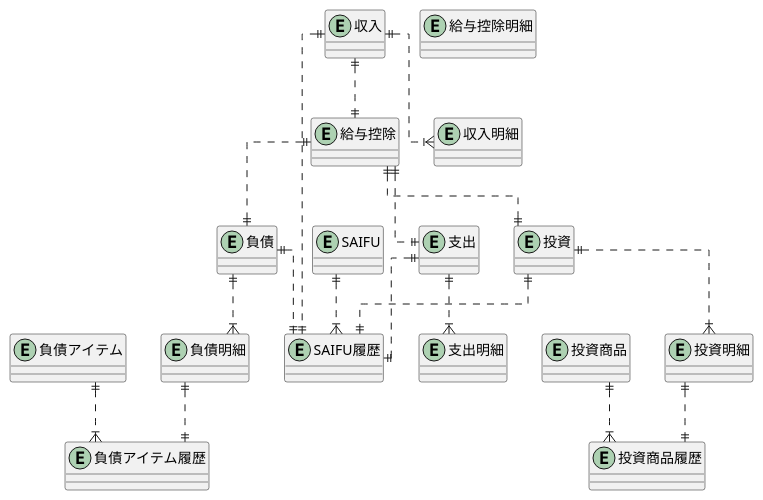
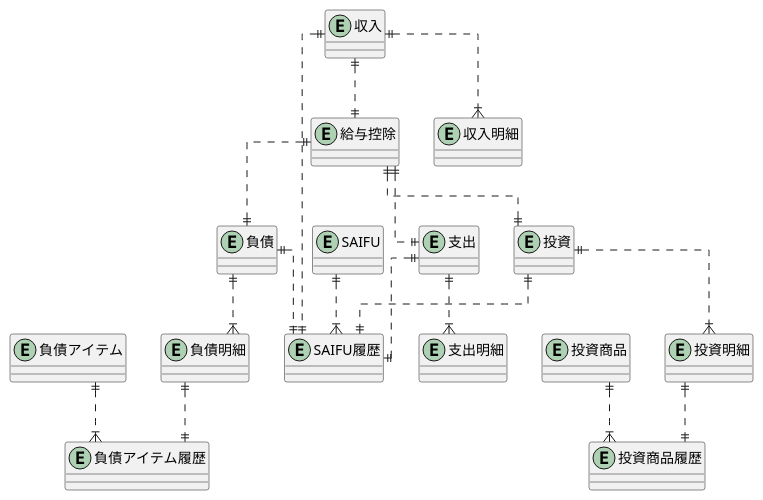
Before and after one commit to JojiKoike/saifu-docs: the diagram in design/ER_Concept_MoneyFlow.wsd, drawn with PlantUML.

Commit message:
不要なエンティティの削除

```diff
--- a/design/ER_Concept_MoneyFlow.wsd
+++ b/design/ER_Concept_MoneyFlow.wsd
@@ -1,84 +1,81 @@
 @startuml ER_Concept
 skinparam linetype ortho
 
 ' Entity
 entity "SAIFU" as saifu {
 }
 
 entity "SAIFU履歴" as saifuHistory {
 }
 
 entity "収入" as income {
 }
 
 entity "収入明細" as incomeDetail {
 }
 
 
 entity "給与控除" as salaryDeduction {
-}
-
-entity "給与控除明細" as salaryDeductionDetail {
 }
 
 entity "投資" as investment {
 }
 
 entity "投資明細" as investmentDetail {
 }
 
 entity "投資商品" as investmentItem {
 }
 
 entity "投資商品履歴" as investmentItemHistory {
 }
 
 entity "支出" as expense {
 }
 
 entity "支出明細" as expenseDetail {
 }
 
 entity "負債" as debt {
 }
 
 entity "負債明細" as debtDetail {
 }
 
 entity "負債アイテム" as debtItem {
 }
 
 entity "負債アイテム履歴" as debtItemHistory {
 }
 
 
 ' Relation
 
 ' SAIFU
 saifu ||..|{saifuHistory
 
 ' Expense
 expense ||..||saifuHistory
 expense ||..|{expenseDetail
 
 ' Income
 income ||..||saifuHistory
 income ||..|{incomeDetail
 income ||..||salaryDeduction
 salaryDeduction ||..||debt
 salaryDeduction ||..||investment
 salaryDeduction ||..||expense
 
 ' Investment
 investment ||..||saifuHistory
 investment ||..|{investmentDetail
 investmentDetail ||..||investmentItemHistory
 investmentItem ||..|{investmentItemHistory
 
 ' Debt
 debt ||..||saifuHistory
 debt ||..|{debtDetail
 debtDetail ||..||debtItemHistory
 debtItem ||..|{debtItemHistory
 
 @enduml
```
